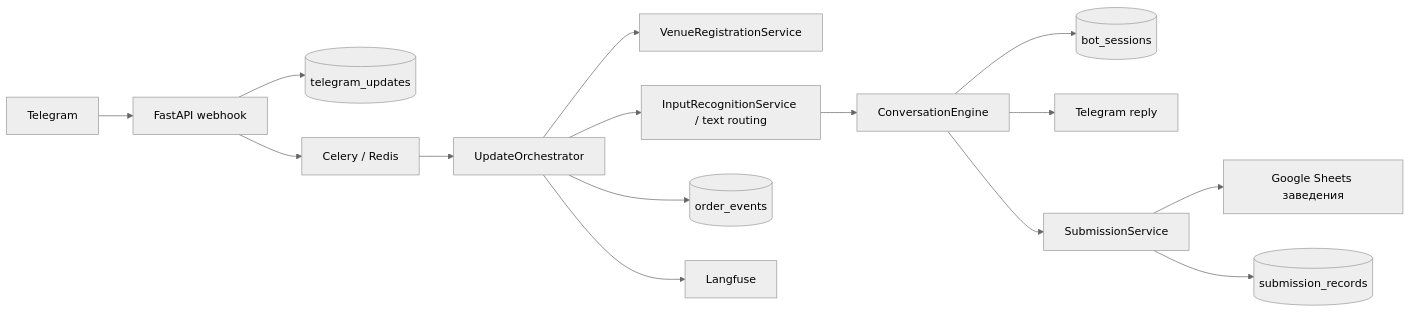
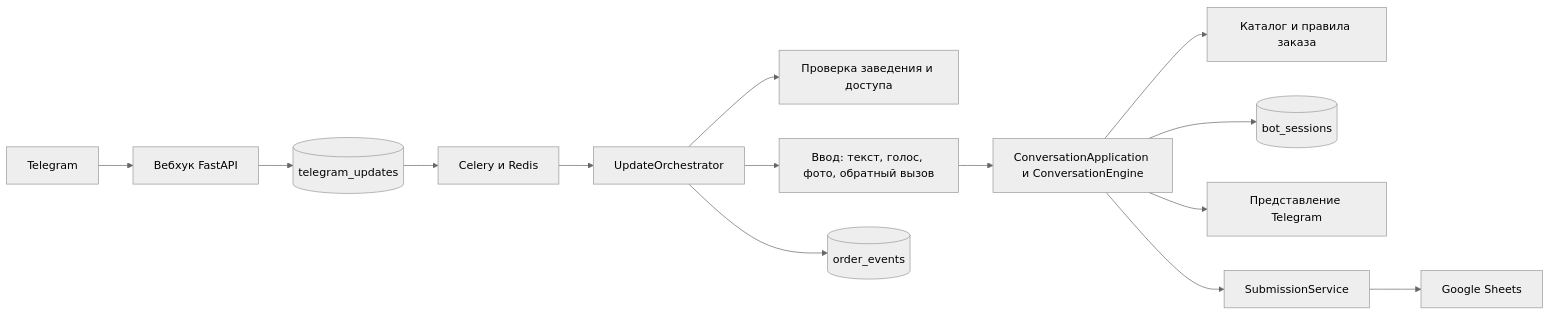
Before and after one commit to Dzmitry-Radziuk/Ai-agent-order-assistant: the diagram in .agents/PROJECT_MAP.md, drawn with Mermaid (neutral theme). The commit also changed other lines of this file and 53 other files, not shown here.

````diff
--- a/.agents/PROJECT_MAP.md
+++ b/.agents/PROJECT_MAP.md
@@ -203,17 +14,16 @@
 ```mermaid
 flowchart LR
-    TG[Telegram] --> API[FastAPI webhook]
-    API --> INBOX[(telegram_updates)]
-    API --> CQ[Celery / Redis]
-    CQ --> ORCH[UpdateOrchestrator]
-    ORCH --> AUTH[VenueRegistrationService]
-    ORCH --> INPUT[InputRecognitionService / text routing]
-    INPUT --> ENGINE[ConversationEngine]
-    ENGINE --> SESSION[(bot_sessions)]
-    ENGINE --> REPLY[Telegram reply]
-    ENGINE --> SUBMIT[SubmissionService]
-    SUBMIT --> SHEET[Google Sheets заведения]
-    SUBMIT --> CHECKPOINT[(submission_records)]
-    ORCH --> AUDIT[(order_events)]
-    ORCH --> LF[Langfuse]
+    Telegram --> API[Вебхук FastAPI]
+    API --> Inbox[(telegram_updates)]
+    Inbox --> Queue[Celery и Redis]
+    Queue --> Orchestrator[UpdateOrchestrator]
+    Orchestrator --> Access[Проверка заведения и доступа]
+    Orchestrator --> Input[Ввод: текст, голос, фото, обратный вызов]
+    Input --> Conversation[ConversationApplication и ConversationEngine]
+    Conversation --> Catalog[Каталог и правила заказа]
+    Conversation --> Session[(bot_sessions)]
+    Conversation --> Reply[Представление Telegram]
+    Conversation --> Submission[SubmissionService]
+    Submission --> Sheets[Google Sheets]
+    Orchestrator --> Audit[(order_events)]
 ```
````
